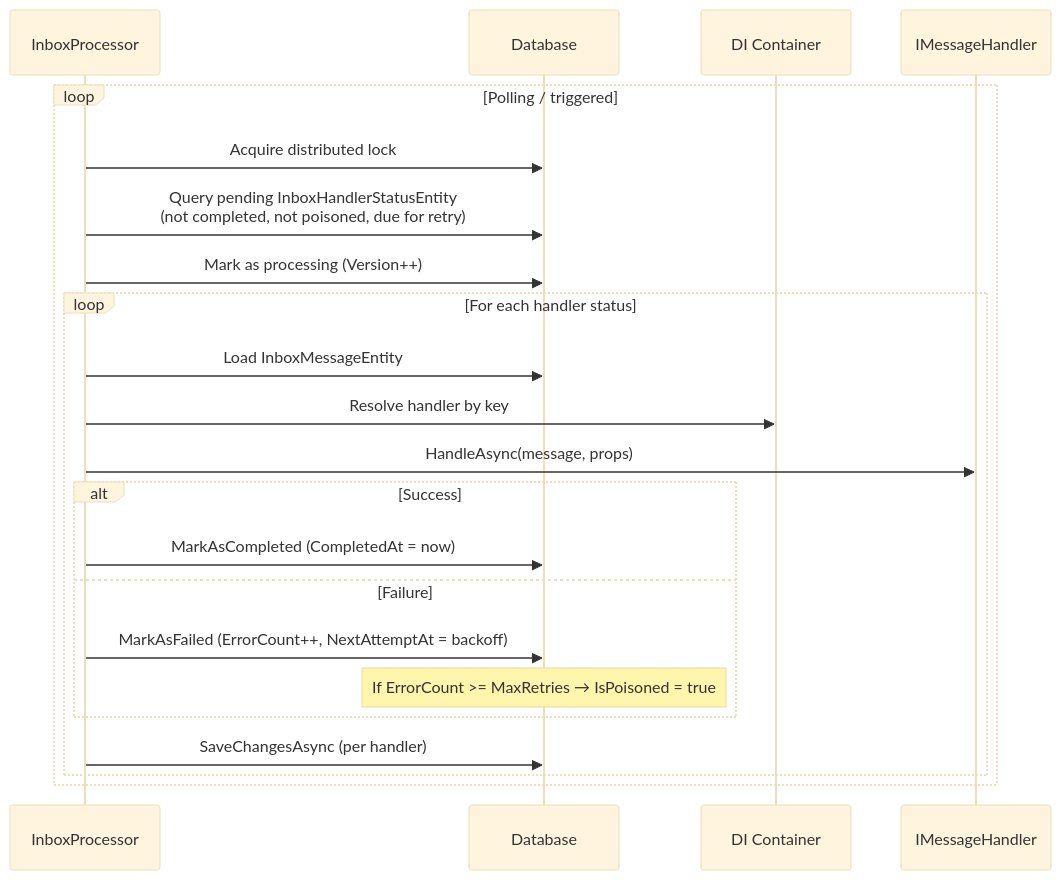
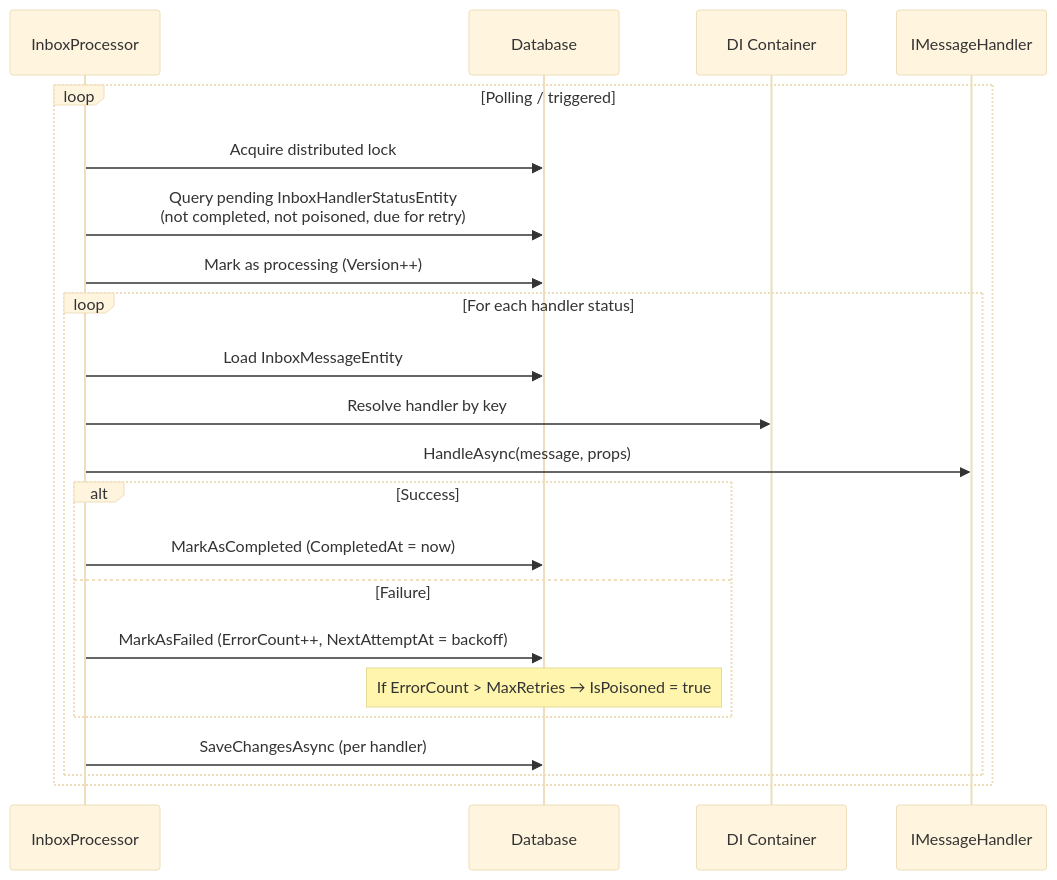
Before and after one commit to saithis/Ratatoskr: the seventh of 7 diagrams in docs/architecture.md, drawn with Mermaid (base theme). The commit also changed 87 other files, not shown here.

````diff
--- a/docs/architecture.md
+++ b/docs/architecture.md
@@ -241,25 +241,25 @@
 ```mermaid
 sequenceDiagram
     participant IP as InboxProcessor
     participant DB as Database
     participant DI as DI Container
     participant H as IMessageHandler
 
     loop Polling / triggered
         IP->>DB: Acquire distributed lock
         IP->>DB: Query pending InboxHandlerStatusEntity<br/>(not completed, not poisoned, due for retry)
         IP->>DB: Mark as processing (Version++)
         loop For each handler status
             IP->>DB: Load InboxMessageEntity
             IP->>DI: Resolve handler by key
             IP->>H: HandleAsync(message, props)
             alt Success
                 IP->>DB: MarkAsCompleted (CompletedAt = now)
             else Failure
                 IP->>DB: MarkAsFailed (ErrorCount++, NextAttemptAt = backoff)
-                Note over DB: If ErrorCount >= MaxRetries → IsPoisoned = true
+                Note over DB: If ErrorCount > MaxRetries → IsPoisoned = true
             end
             IP->>DB: SaveChangesAsync (per handler)
         end
     end
 ```
````
